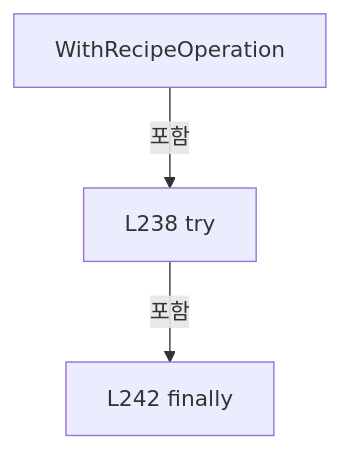
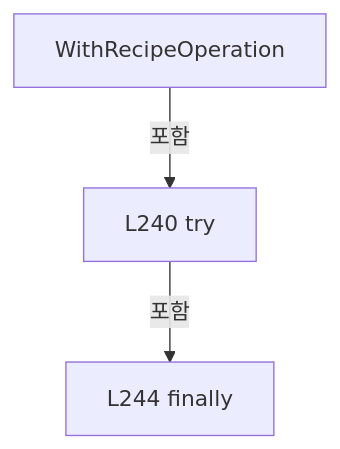
Before and after one commit to kjuws10-rgb/Shared: diagram 13 of 18 in A3 LD Code Ref/files/Drilling.Common/Managers/CRecipeManager.cs.md, drawn with Mermaid. The commit also changed other lines of this file and 2071 other files, not shown here.

Commit message:
docs(a3): update 11.19.0 architecture and code reference

````diff
--- a/A3 LD Code Ref/files/Drilling.Common/Managers/CRecipeManager.cs.md
+++ b/A3 LD Code Ref/files/Drilling.Common/Managers/CRecipeManager.cs.md
@@ -1814,8 +1815,8 @@
 ```mermaid
 flowchart TD
  M["WithRecipeOperation"]
- N0["L238 try"]
+ N0["L240 try"]
  M -->|포함| N0
- N1["L242 finally"]
+ N1["L244 finally"]
  N0 -->|포함| N1
 ```
````
